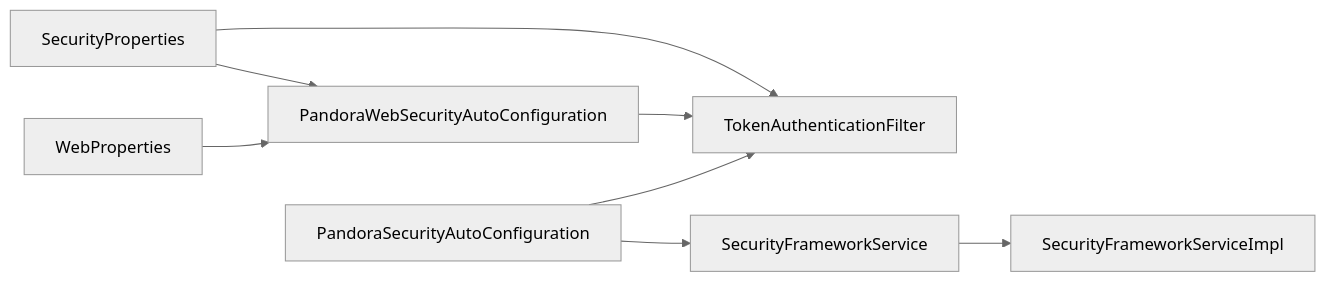
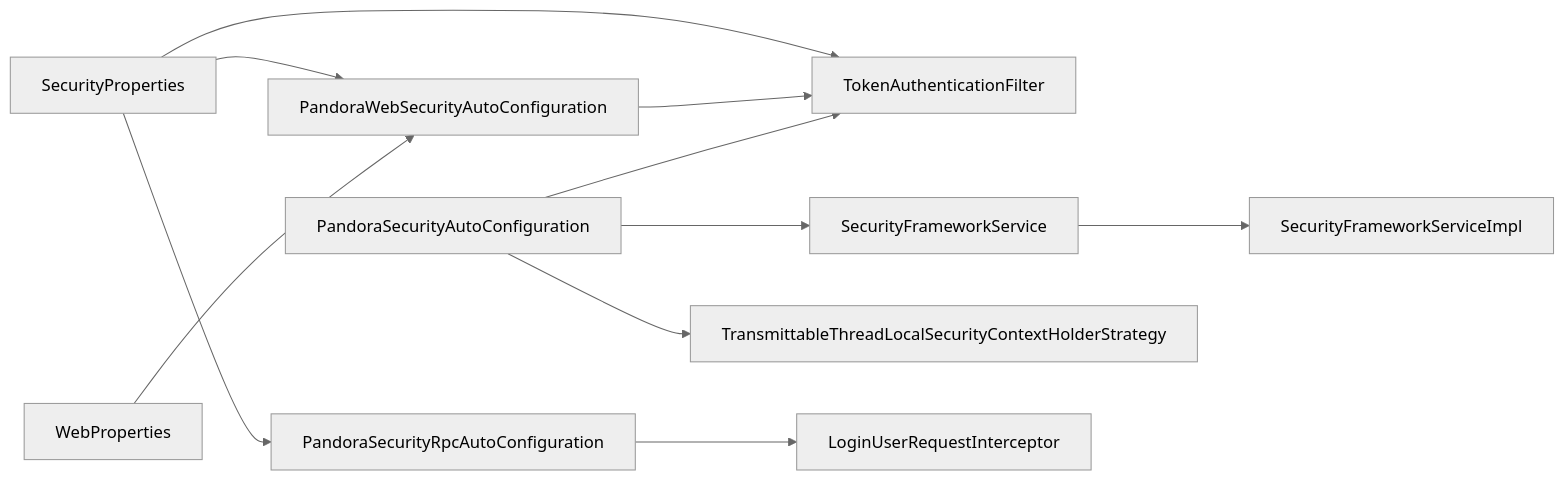
One commit to guanglei93/pandora-cloud changed the third of 3 diagrams in .qoder/repowiki/zh/content/配置管理/安全配置属性.md. Above: the diagram before and after it, drawn with Mermaid (neutral theme). The commit also changed other lines of this file and 32 other files, not shown here.

````diff
--- a/.qoder/repowiki/zh/content/配置管理/安全配置属性.md
+++ b/.qoder/repowiki/zh/content/配置管理/安全配置属性.md
@@ -226,10 +288,13 @@
 ```mermaid
 graph LR
 SEC["SecurityProperties"] --> TAF["TokenAuthenticationFilter"]
 SEC --> PWS["PandoraWebSecurityAutoConfiguration"]
+SEC --> PSRA["PandoraSecurityRpcAutoConfiguration"]
 PWS --> TAF
 PSA["PandoraSecurityAutoConfiguration"] --> TAF
 PSA --> SFS["SecurityFrameworkService"]
+PSA --> TTLS["TransmittableThreadLocalSecurityContextHolderStrategy"]
+PSRA --> LURI["LoginUserRequestInterceptor"]
 SFS --> SFSI["SecurityFrameworkServiceImpl"]
 WP["WebProperties"] --> PWS
 ```
````
